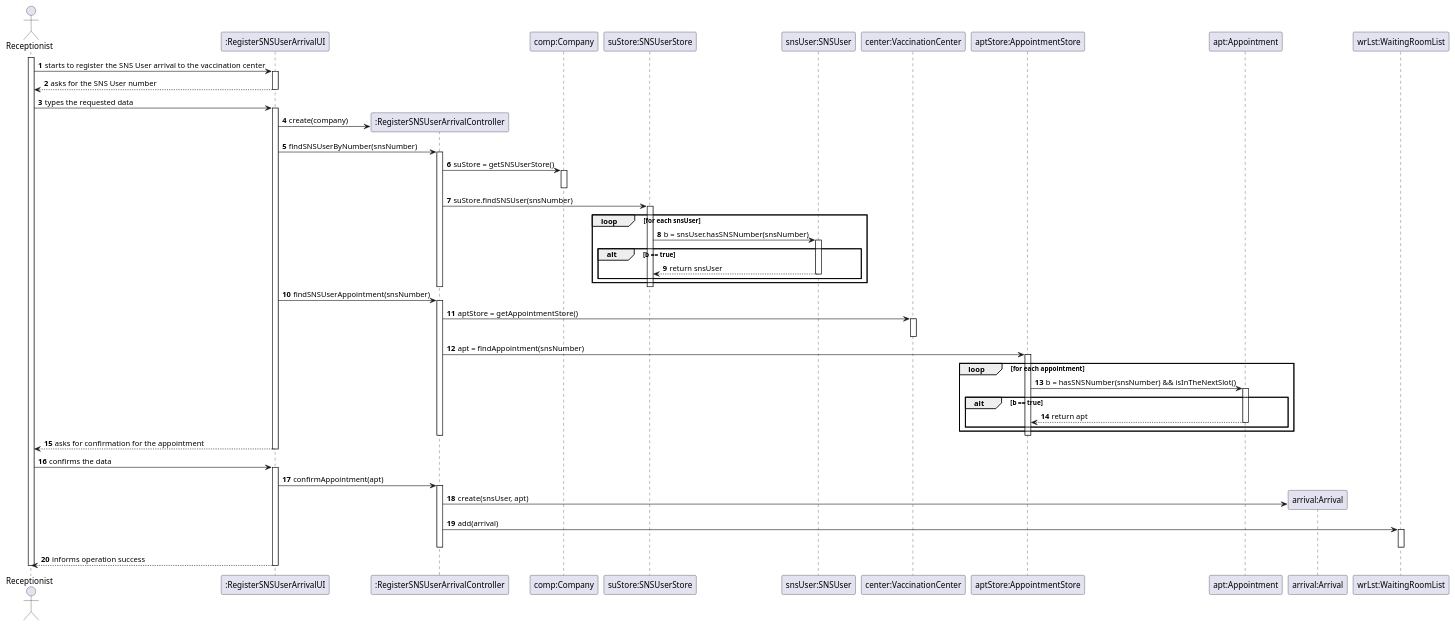
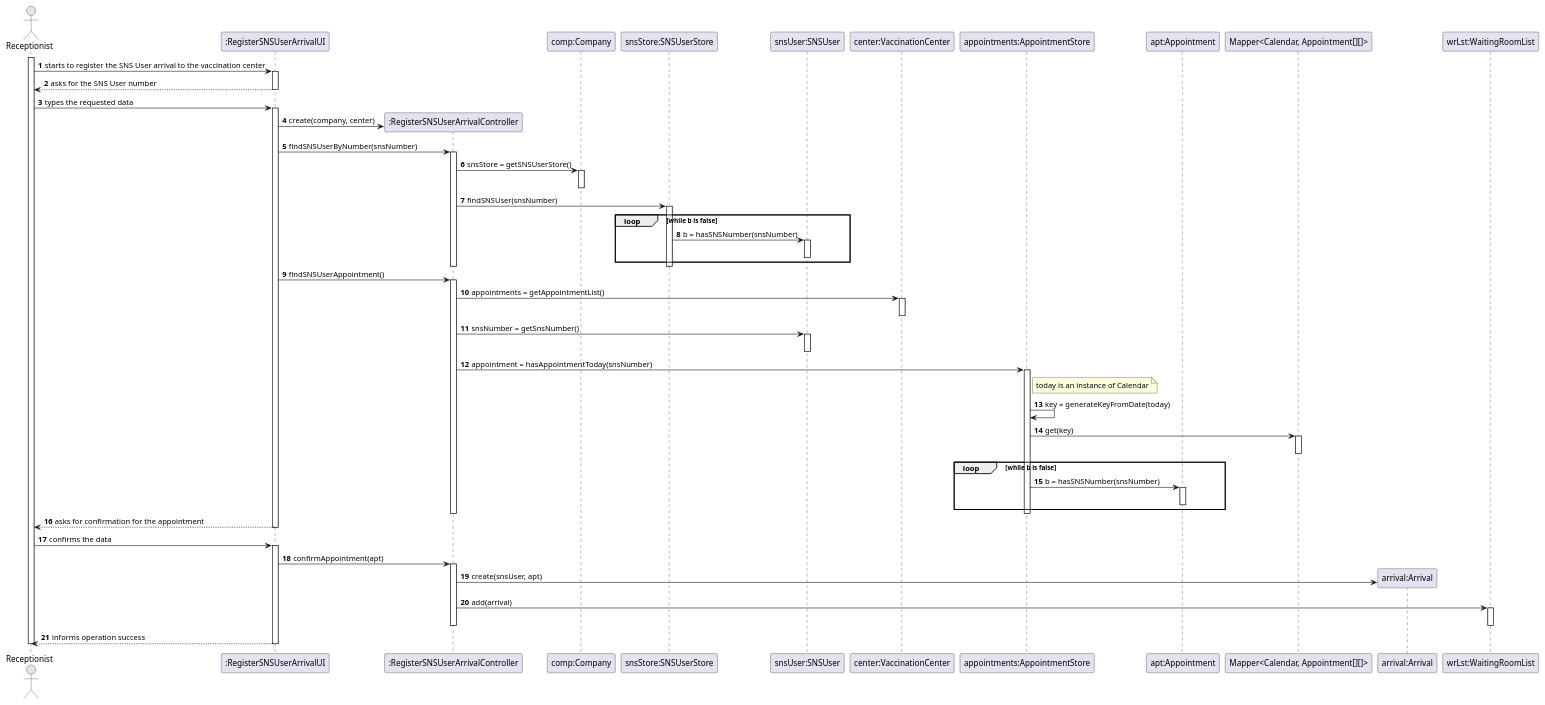
The diagram in docs/SprintC/US04/SD/US04_SD.puml (miseEnPlace-i/lapr2), drawn with PlantUML before and after one commit. The commit also changed 5 other files, not shown here.

```diff
--- a/docs/SprintC/US04/SD/US04_SD.puml
+++ b/docs/SprintC/US04/SD/US04_SD.puml
@@ -1,100 +1,110 @@
 @startuml
 autonumber
 
 actor "Receptionist" as RECEPT
 
 participant ":RegisterSNSUserArrivalUI" as UI
 participant ":RegisterSNSUserArrivalController" as CTRL
 participant "comp:Company" as COMP
-participant "suStore:SNSUserStore" as SUSTORE
+participant "snsStore:SNSUserStore" as SUSTORE
 participant "snsUser:SNSUser" as SNSUSER
 participant "center:VaccinationCenter" as CENTER
-participant "aptStore:AppointmentStore" as APTSTORE
+participant "appointments:AppointmentStore" as APPTS
 participant "apt:Appointment" as APT
+participant "Mapper<Calendar, Appointment[][]>" as MAPPER
 participant "arrival:Arrival" as ARRIVAL
 participant "wrLst:WaitingRoomList" as WRLST
 
 activate RECEPT
   RECEPT -> UI : starts to register the SNS User arrival to the vaccination center
   activate UI
   
   RECEPT <-- UI : asks for the SNS User number
   deactivate UI
 
   RECEPT -> UI : types the requested data
   activate UI
-  
-  ' RECEPT <-- UI : asks to select the vaccination center
-  ' deactivate UI
-
-  ' RECEPT -> UI : selects the vaccination center
-  ' activate UI
     
-    UI -> CTRL** : create(company)
+    UI -> CTRL** : create(company, center)
 
     UI -> CTRL : findSNSUserByNumber(snsNumber)
     activate CTRL
 
-      CTRL -> COMP : suStore = getSNSUserStore()
+      CTRL -> COMP : snsStore = getSNSUserStore()
       activate COMP
       deactivate COMP
 
-      CTRL -> SUSTORE : suStore.findSNSUser(snsNumber)
+      CTRL -> SUSTORE : findSNSUser(snsNumber)
       activate SUSTORE
-        loop for each snsUser
-          SUSTORE -> SNSUSER : b = snsUser.hasSNSNumber(snsNumber)
+        ' loop for each snsUser
+        loop while b is false
+          SUSTORE -> SNSUSER : b = hasSNSNumber(snsNumber)
           activate SNSUSER
-          alt b == true
-            SUSTORE <-- SNSUSER : return snsUser
-            deactivate SNSUSER
-          end
+          ' alt b == true
+            ' SUSTORE <-- SNSUSER : return snsUser
+          deactivate SNSUSER
+          ' end
         end
       deactivate SUSTORE
 
     deactivate CTRL
 
-    UI -> CTRL : findSNSUserAppointment(snsNumber)
+    UI -> CTRL : findSNSUserAppointment()
     activate CTRL
 
-      CTRL -> CENTER : aptStore = getAppointmentStore()
+      CTRL -> CENTER : appointments = getAppointmentList()
       activate CENTER
       deactivate CENTER
 
-      CTRL -> APTSTORE : apt = findAppointment(snsNumber)
-      activate APTSTORE
+      CTRL -> SNSUSER : snsNumber = getSnsNumber()
+      activate SNSUSER
+      deactivate SNSUSER
 
-        loop for each appointment
-          APTSTORE -> APT : b = hasSNSNumber(snsNumber) && isInTheNextSlot()
+      CTRL -> APPTS : appointment = hasAppointmentToday(snsNumber)
+      activate APPTS
+
+        note right of APPTS
+          today is an instance of Calendar
+        end note
+        APPTS -> APPTS : key = generateKeyFromDate(today)
+        
+        APPTS -> MAPPER : get(key)
+        activate MAPPER
+        deactivate MAPPER
+
+        ' loop for each appointment
+        loop while b is false
+          APPTS -> APT : b = hasSNSNumber(snsNumber)
           activate APT
-          alt b == true
-            APTSTORE <-- APT : return apt
-            deactivate APT
-          end
+          ' alt b == true
+            ' APPTS <-- APT : return apt
+          deactivate APT
+          ' end
         end
 
-      deactivate APTSTORE
+      deactivate APPTS
 
     deactivate CTRL
   
   RECEPT <-- UI : asks for confirmation for the appointment
   deactivate UI
 
   RECEPT -> UI : confirms the data
   activate UI
 
     UI -> CTRL : confirmAppointment(apt)
     activate CTRL
       CTRL -> ARRIVAL** : create(snsUser, apt)
 
       CTRL -> WRLST : add(arrival)
       activate WRLST
       deactivate WRLST
 
     deactivate CTRL
 
   RECEPT <-- UI : informs operation success
   deactivate UI
 
 deactivate RECEPT
 
 @enduml
```
